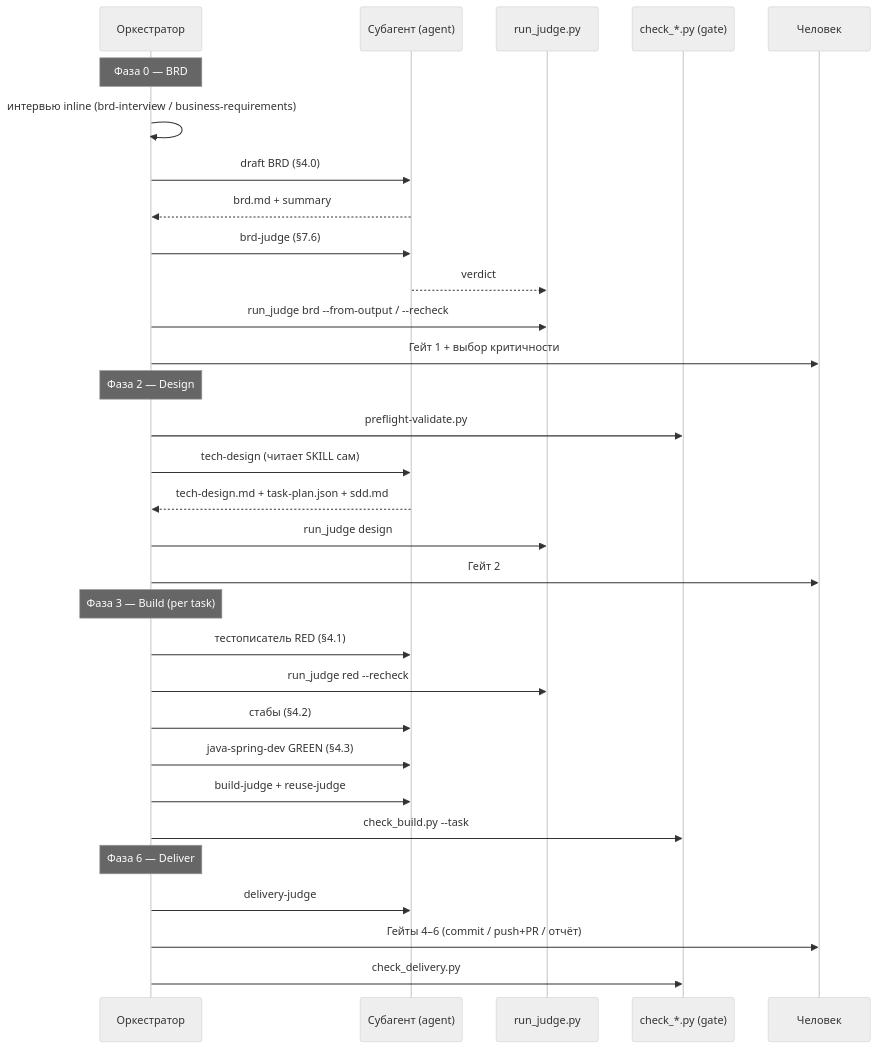
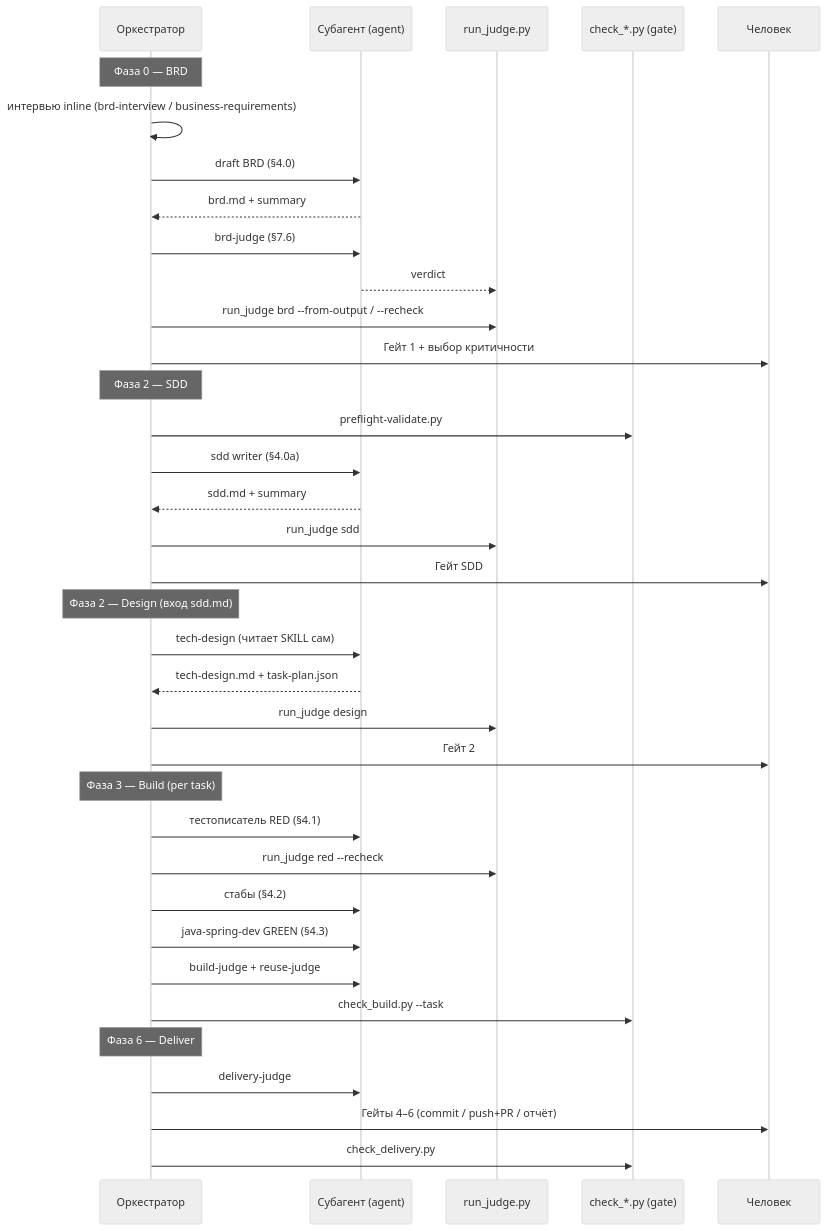
One commit to i-gabdrahmanov/skills changed the second of 3 diagrams in forge/docs/pipeline-technical.md. Above: the diagram before and after it, drawn with Mermaid (neutral theme). The commit also changed other lines of this file and 76 other files, not shown here.

````diff
--- a/forge/docs/pipeline-technical.md
+++ b/forge/docs/pipeline-technical.md
@@ -99,34 +113,39 @@
 ```mermaid
 sequenceDiagram
     participant O as Оркестратор
     participant A as Субагент (agent)
     participant J as run_judge.py
     participant G as check_*.py (gate)
     participant U as Человек
 
     Note over O: Фаза 0 — BRD
     O->>O: интервью inline (brd-interview / business-requirements)
     O->>A: draft BRD (§4.0)
     A-->>O: brd.md + summary
     O->>A: brd-judge (§7.6)
     A-->>J: verdict
     O->>J: run_judge brd --from-output / --recheck
     O->>U: Гейт 1 + выбор критичности
-    Note over O: Фаза 2 — Design
+    Note over O: Фаза 2 — SDD
     O->>G: preflight-validate.py
+    O->>A: sdd writer (§4.0a)
+    A-->>O: sdd.md + summary
+    O->>J: run_judge sdd
+    O->>U: Гейт SDD
+    Note over O: Фаза 2 — Design (вход sdd.md)
     O->>A: tech-design (читает SKILL сам)
-    A-->>O: tech-design.md + task-plan.json + sdd.md
+    A-->>O: tech-design.md + task-plan.json
     O->>J: run_judge design
     O->>U: Гейт 2
     Note over O: Фаза 3 — Build (per task)
     O->>A: тестописатель RED (§4.1)
     O->>J: run_judge red --recheck
     O->>A: стабы (§4.2)
     O->>A: java-spring-dev GREEN (§4.3)
     O->>A: build-judge + reuse-judge
     O->>G: check_build.py --task
     Note over O: Фаза 6 — Deliver
     O->>A: delivery-judge
     O->>U: Гейты 4–6 (commit / push+PR / отчёт)
     O->>G: check_delivery.py
 ```
````
